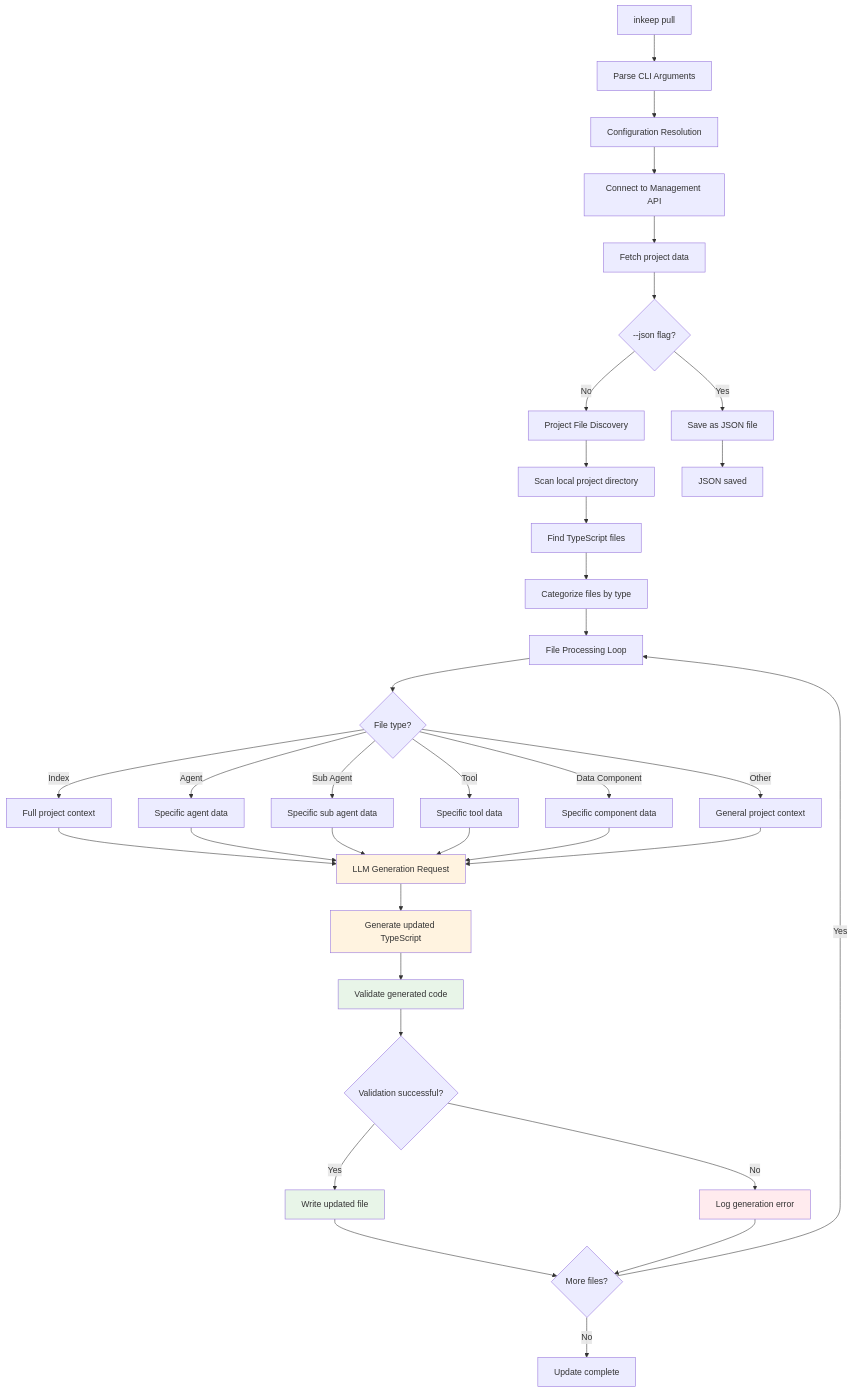
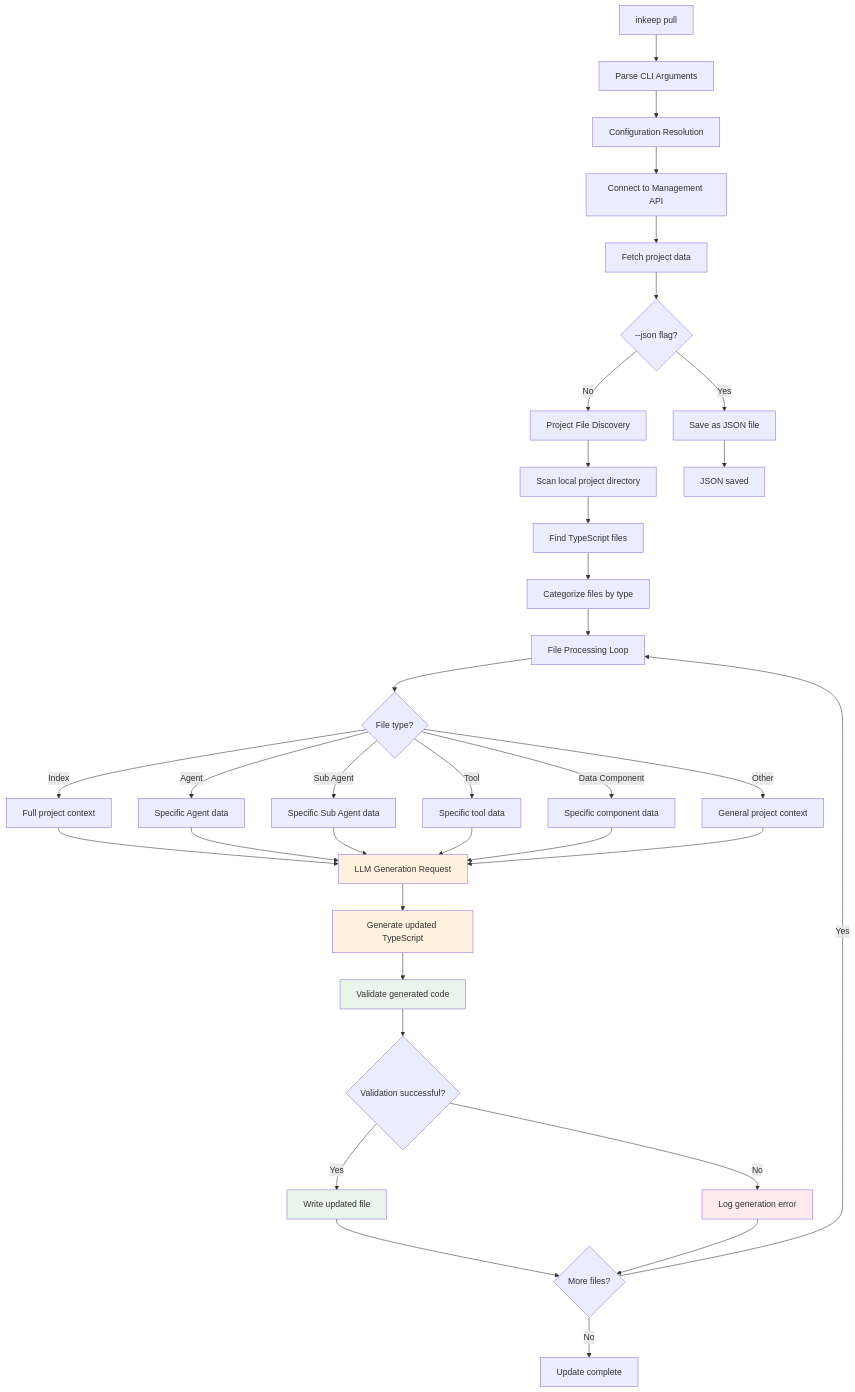
The third of 8 diagrams in agents-docs/content/docs/typescript-sdk/push-pull-workflows.mdx (inkeep/agents), drawn with Mermaid before and after one commit. The commit also changed other lines of this file and 12 other files, not shown here.

````diff
--- a/agents-docs/content/docs/typescript-sdk/push-pull-workflows.mdx
+++ b/agents-docs/content/docs/typescript-sdk/push-pull-workflows.mdx
@@ -118,52 +118,52 @@
 ```mermaid
 graph TD
     A[inkeep pull] --> B[Parse CLI Arguments]
     B --> C[Configuration Resolution]
     C --> D[Connect to Management API]
     D --> E[Fetch project data]
 
     E --> F{--json flag?}
     F -->|Yes| G[Save as JSON file]
     F -->|No| H[Project File Discovery]
 
     H --> I[Scan local project directory]
     I --> J[Find TypeScript files]
     J --> K[Categorize files by type]
 
     K --> L[File Processing Loop]
     L --> M{File type?}
 
     M -->|Index| N[Full project context]
-    M -->|Agent| O[Specific agent data]
-    M -->|Sub Agent| P[Specific sub agent data]
+    M -->|Agent| O[Specific Agent data]
+    M -->|Sub Agent| P[Specific Sub Agent data]
     M -->|Tool| Q[Specific tool data]
     M -->|Data Component| R[Specific component data]
     M -->|Other| S[General project context]
 
     N --> T[LLM Generation Request]
     O --> T
     P --> T
     Q --> T
     R --> T
     S --> T
 
     T --> U[Generate updated TypeScript]
     U --> V[Validate generated code]
     V --> W{Validation successful?}
 
     W -->|Yes| X[Write updated file]
     W -->|No| Y[Log generation error]
 
     X --> Z{More files?}
     Y --> Z
     Z -->|Yes| L
     Z -->|No| AA[Update complete]
 
     G --> BB[JSON saved]
 
     style T fill:#fff3e0
     style U fill:#fff3e0
     style V fill:#e8f5e8
     style X fill:#e8f5e8
     style Y fill:#ffebee
 ```
````
